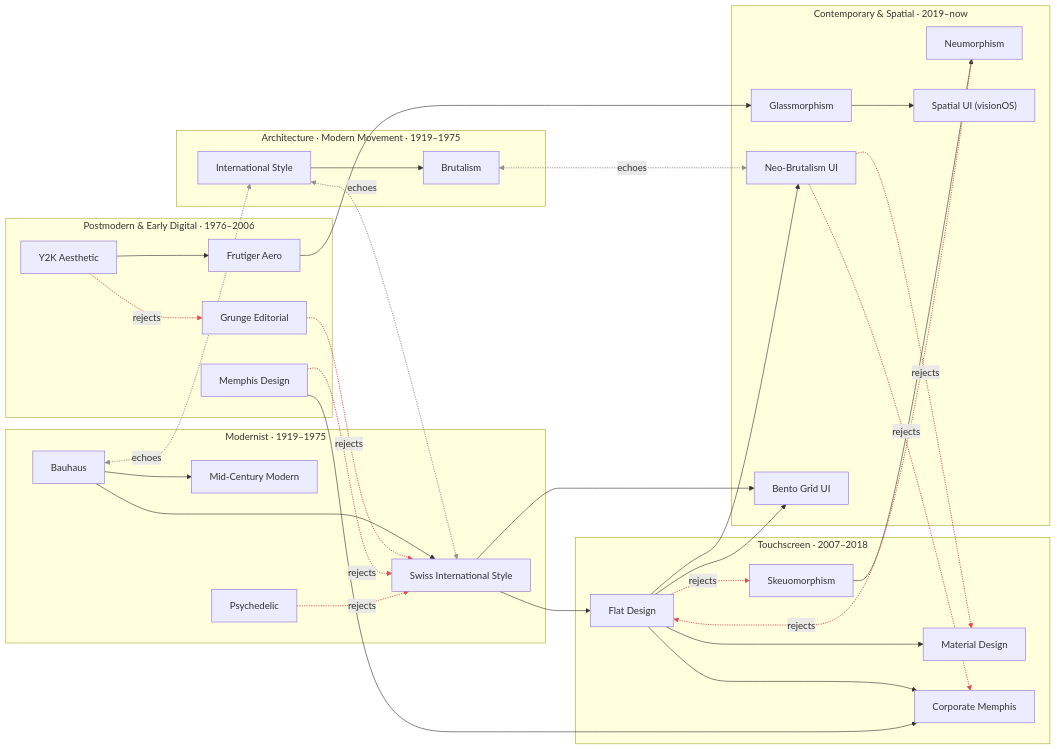
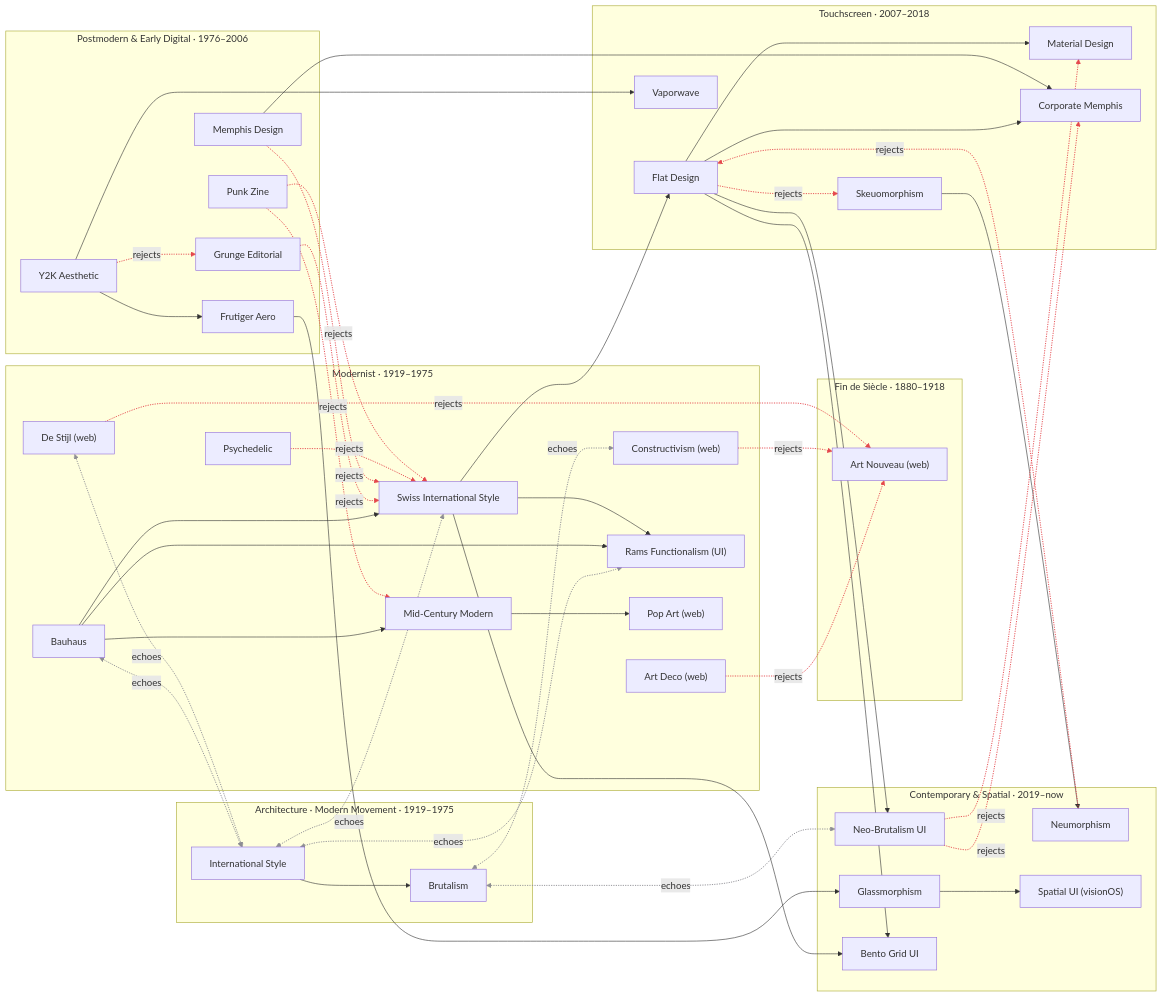
The diagram in graph/lineage.mmd (musicalbee/design-ontology), drawn with Mermaid before and after one commit. The commit also changed 69 other files, not shown here.

First line of the commit message:
Web design wave A: 8 styles from the Wanted list (Art Nouveau, Art Deco, Constructivism, De Stijl, Pop Art, Rams functionalism, punk zine, vaporwave)

```diff
--- a/graph/lineage.mmd
+++ b/graph/lineage.mmd
@@ -1,66 +1,96 @@
 flowchart LR
+  subgraph design_fin_de_siecle["Fin de Siècle · 1880–1918"]
+    art_nouveau_web["Art Nouveau (web)"]
+  end
   subgraph design_modernist["Modernist · 1919–1975"]
+    de_stijl_web["De Stijl (web)"]
     bauhaus["Bauhaus"]
+    constructivism_web["Constructivism (web)"]
+    art_deco_web["Art Deco (web)"]
     mid_century_modern["Mid-Century Modern"]
     swiss_international["Swiss International Style"]
+    rams_functionalism_ui["Rams Functionalism (UI)"]
+    pop_art_web["Pop Art (web)"]
     psychedelic["Psychedelic"]
   end
   subgraph design_postmodern_early_digital["Postmodern & Early Digital · 1976–2006"]
+    punk_zine["Punk Zine"]
     memphis_design["Memphis Design"]
     grunge_editorial["Grunge Editorial"]
     y2k_aesthetic["Y2K Aesthetic"]
     frutiger_aero["Frutiger Aero"]
   end
   subgraph design_touchscreen["Touchscreen · 2007–2018"]
     skeuomorphism["Skeuomorphism"]
     flat_design["Flat Design"]
+    vaporwave["Vaporwave"]
     material_design["Material Design"]
     corporate_memphis["Corporate Memphis"]
   end
   subgraph design_contemporary_spatial["Contemporary & Spatial · 2019–now"]
     neumorphism["Neumorphism"]
     glassmorphism["Glassmorphism"]
     neo_brutalism_ui["Neo-Brutalism UI"]
     bento_grid_ui["Bento Grid UI"]
     spatial_visionos["Spatial UI (visionOS)"]
   end
   subgraph architecture_modern_movement["Architecture · Modern Movement · 1919–1975"]
     international_style_architecture["International Style"]
     brutalist_architecture["Brutalism"]
   end
   bauhaus <-. echoes .-> international_style_architecture
+  brutalist_architecture <-. echoes .-> constructivism_web
   brutalist_architecture <-. echoes .-> neo_brutalism_ui
+  de_stijl_web <-. echoes .-> international_style_architecture
+  international_style_architecture <-. echoes .-> rams_functionalism_ui
   international_style_architecture <-. echoes .-> swiss_international
   flat_design --> bento_grid_ui
   swiss_international --> bento_grid_ui
   international_style_architecture --> brutalist_architecture
   flat_design --> corporate_memphis
   memphis_design --> corporate_memphis
   swiss_international --> flat_design
   y2k_aesthetic --> frutiger_aero
   frutiger_aero --> glassmorphism
   flat_design --> material_design
   bauhaus --> mid_century_modern
   flat_design --> neo_brutalism_ui
   skeuomorphism --> neumorphism
+  mid_century_modern --> pop_art_web
+  bauhaus --> rams_functionalism_ui
+  swiss_international --> rams_functionalism_ui
   glassmorphism --> spatial_visionos
   bauhaus --> swiss_international
+  y2k_aesthetic --> vaporwave
+  art_deco_web -. rejects .-> art_nouveau_web
+  constructivism_web -. rejects .-> art_nouveau_web
+  de_stijl_web -. rejects .-> art_nouveau_web
   flat_design -. rejects .-> skeuomorphism
   grunge_editorial -. rejects .-> swiss_international
   memphis_design -. rejects .-> swiss_international
   neo_brutalism_ui -. rejects .-> corporate_memphis
   neo_brutalism_ui -. rejects .-> material_design
   neumorphism -. rejects .-> flat_design
   psychedelic -. rejects .-> swiss_international
+  punk_zine -. rejects .-> mid_century_modern
+  punk_zine -. rejects .-> swiss_international
   y2k_aesthetic -. rejects .-> grunge_editorial
   linkStyle 0 stroke:#8E8E93,stroke-width:1.5px
   linkStyle 1 stroke:#8E8E93,stroke-width:1.5px
   linkStyle 2 stroke:#8E8E93,stroke-width:1.5px
-  linkStyle 17 stroke:#E5484D,stroke-width:1.5px
-  linkStyle 18 stroke:#E5484D,stroke-width:1.5px
-  linkStyle 19 stroke:#E5484D,stroke-width:1.5px
-  linkStyle 20 stroke:#E5484D,stroke-width:1.5px
-  linkStyle 21 stroke:#E5484D,stroke-width:1.5px
-  linkStyle 22 stroke:#E5484D,stroke-width:1.5px
-  linkStyle 23 stroke:#E5484D,stroke-width:1.5px
+  linkStyle 3 stroke:#8E8E93,stroke-width:1.5px
+  linkStyle 4 stroke:#8E8E93,stroke-width:1.5px
+  linkStyle 5 stroke:#8E8E93,stroke-width:1.5px
   linkStyle 24 stroke:#E5484D,stroke-width:1.5px
+  linkStyle 25 stroke:#E5484D,stroke-width:1.5px
+  linkStyle 26 stroke:#E5484D,stroke-width:1.5px
+  linkStyle 27 stroke:#E5484D,stroke-width:1.5px
+  linkStyle 28 stroke:#E5484D,stroke-width:1.5px
+  linkStyle 29 stroke:#E5484D,stroke-width:1.5px
+  linkStyle 30 stroke:#E5484D,stroke-width:1.5px
+  linkStyle 31 stroke:#E5484D,stroke-width:1.5px
+  linkStyle 32 stroke:#E5484D,stroke-width:1.5px
+  linkStyle 33 stroke:#E5484D,stroke-width:1.5px
+  linkStyle 34 stroke:#E5484D,stroke-width:1.5px
+  linkStyle 35 stroke:#E5484D,stroke-width:1.5px
+  linkStyle 36 stroke:#E5484D,stroke-width:1.5px
```
